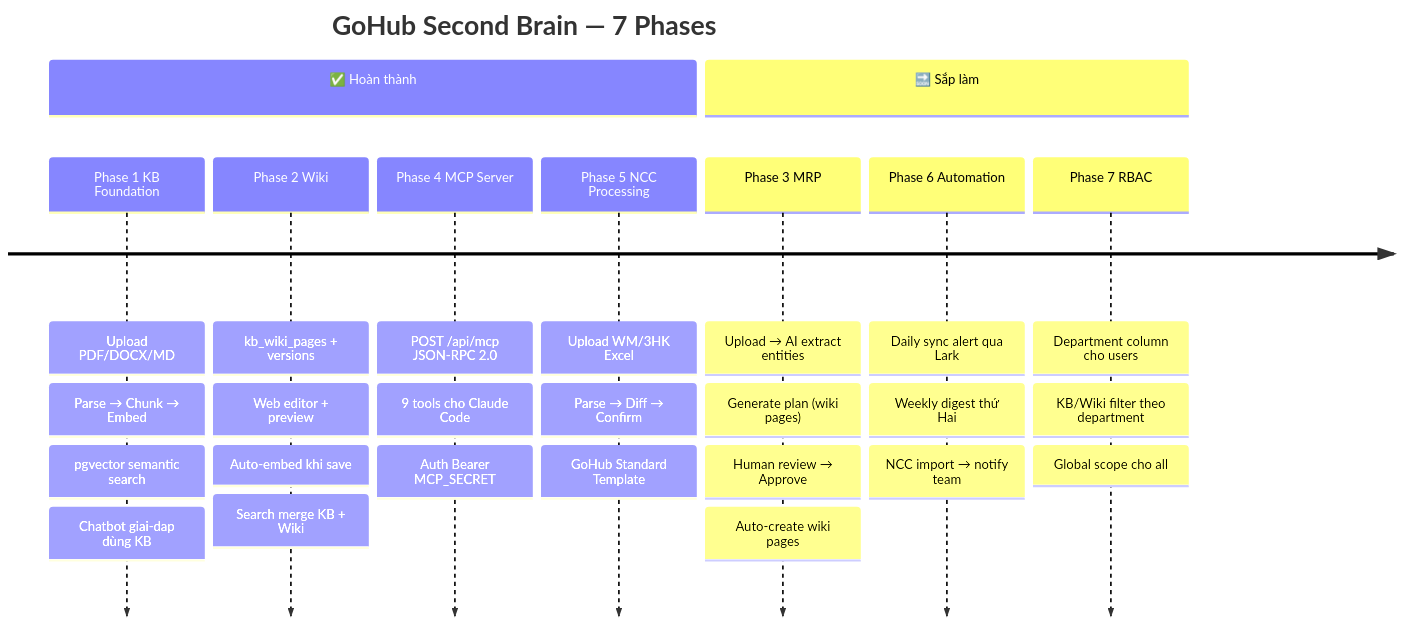
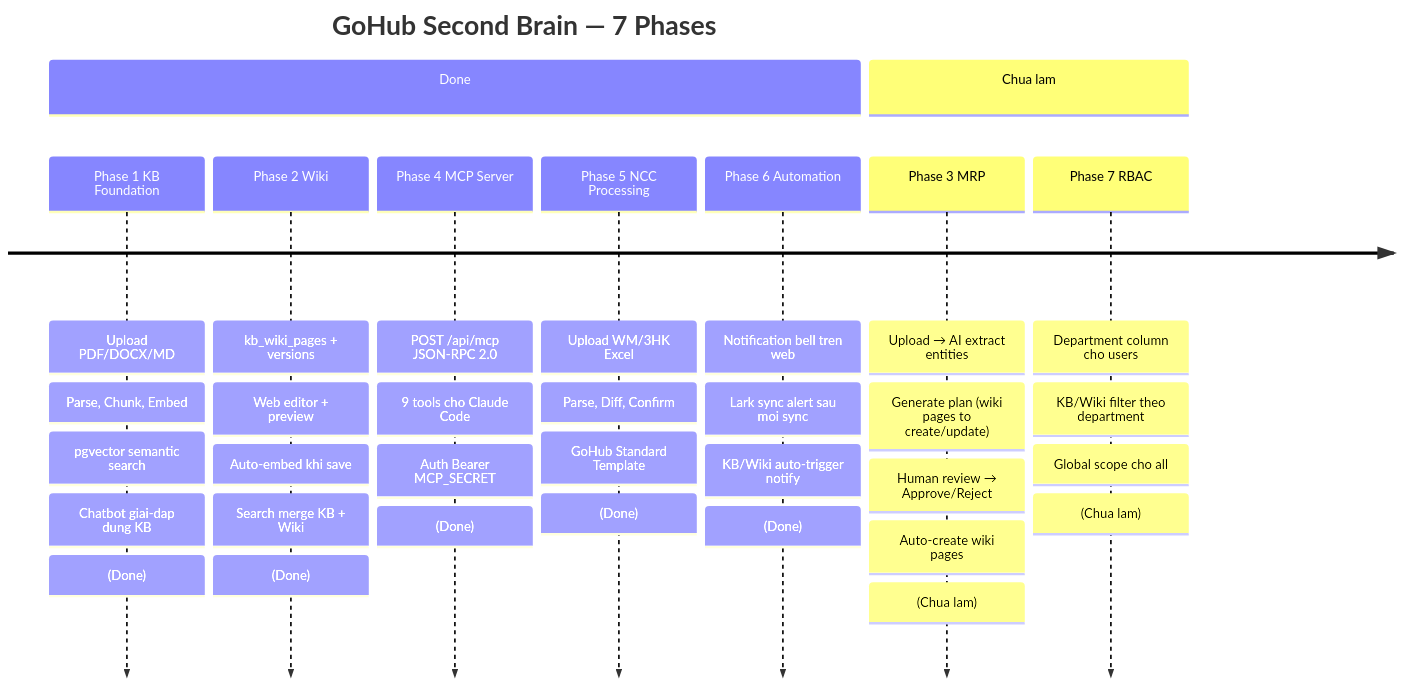
Before and after one commit to NguyenHoangHieu-ue/gohub: the sixth of 7 diagrams in docs/wiki/system/Second-Brain-Architecture.md, drawn with Mermaid. The commit also changed other lines of this file, not shown here.

First line of the commit message:
fix: Second Brain diagram — remove emoji + add Done/Chua lam status notes

````diff
--- a/docs/wiki/system/Second-Brain-Architecture.md
+++ b/docs/wiki/system/Second-Brain-Architecture.md
@@ -272,37 +266,44 @@
 ```mermaid
 timeline
     title GoHub Second Brain — 7 Phases
 
-    section ✅ Hoàn thành
+    section Done
         Phase 1 KB Foundation : Upload PDF/DOCX/MD
-                              : Parse → Chunk → Embed
+                              : Parse, Chunk, Embed
                               : pgvector semantic search
-                              : Chatbot giai-dap dùng KB
+                              : Chatbot giai-dap dung KB
+                              : (Done)
 
         Phase 2 Wiki : kb_wiki_pages + versions
                      : Web editor + preview
                      : Auto-embed khi save
                      : Search merge KB + Wiki
+                     : (Done)
 
         Phase 4 MCP Server : POST /api/mcp JSON-RPC 2.0
                            : 9 tools cho Claude Code
                            : Auth Bearer MCP_SECRET
+                           : (Done)
 
         Phase 5 NCC Processing : Upload WM/3HK Excel
-                               : Parse → Diff → Confirm
+                               : Parse, Diff, Confirm
                                : GoHub Standard Template
+                               : (Done)
 
-    section 🔜 Sắp làm
+        Phase 6 Automation : Notification bell tren web
+                           : Lark sync alert sau moi sync
+                           : KB/Wiki auto-trigger notify
+                           : (Done)
+
+    section Chua lam
         Phase 3 MRP : Upload → AI extract entities
-                    : Generate plan (wiki pages)
-                    : Human review → Approve
+                    : Generate plan (wiki pages to create/update)
+                    : Human review → Approve/Reject
                     : Auto-create wiki pages
-
-        Phase 6 Automation : Daily sync alert qua Lark
-                           : Weekly digest thứ Hai
-                           : NCC import → notify team
+                    : (Chua lam)
 
         Phase 7 RBAC : Department column cho users
                      : KB/Wiki filter theo department
                      : Global scope cho all
+                     : (Chua lam)
 ```
````
